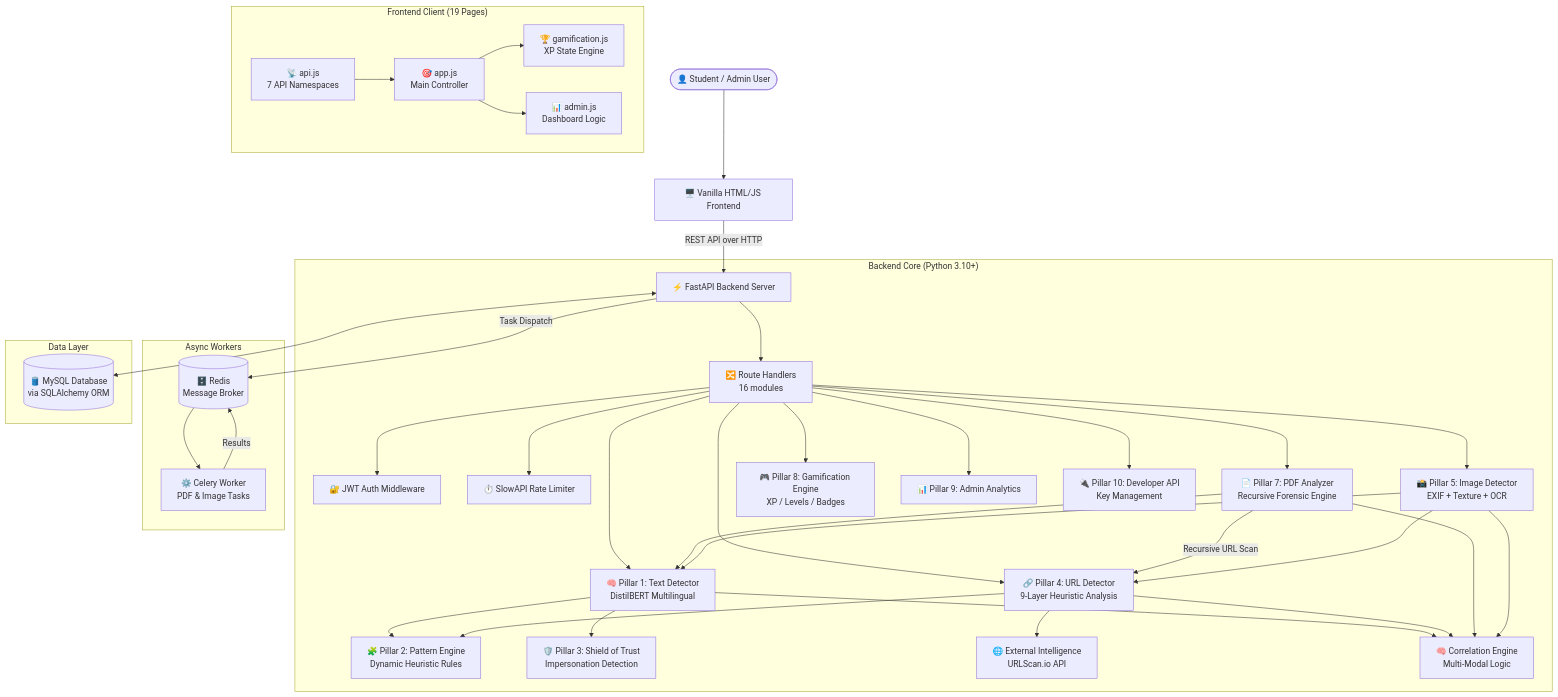
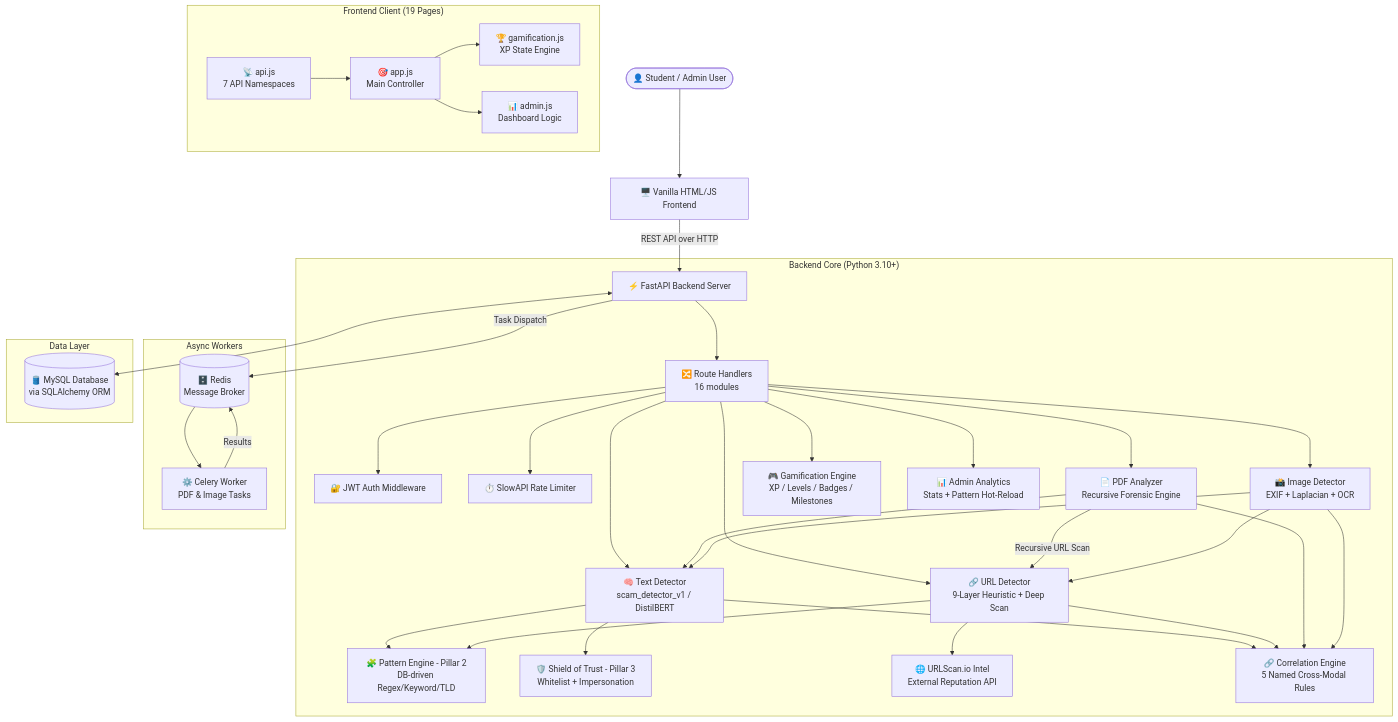
Before and after one commit to FerretyCobra/CyberShield-EDU: the first of 3 diagrams in docs/architecture.md, drawn with Mermaid. The commit also changed other lines of this file and 61 other files, not shown here.

````diff
--- a/docs/architecture.md
+++ b/docs/architecture.md
@@ -66,51 +66,50 @@
 ```mermaid
 graph TD
     User([👤 Student / Admin User]) --> Frontend[🖥️ Vanilla HTML/JS Frontend]
     Frontend -->|REST API over HTTP| Backend[⚡ FastAPI Backend Server]
 
     subgraph "Backend Core (Python 3.10+)"
         Backend --> Router[🔀 Route Handlers<br/>16 modules]
         Router --> AuthMiddleware[🔐 JWT Auth Middleware]
         Router --> RateLimiter[⏱️ SlowAPI Rate Limiter]
 
-        Router --> TextDetector[🧠 Pillar 1: Text Detector<br/>DistilBERT Multilingual]
-        Router --> URLDetector[🔗 Pillar 4: URL Detector<br/>9-Layer Heuristic Analysis]
-        Router --> PDFAnalyzer[📄 Pillar 7: PDF Analyzer<br/>Recursive Forensic Engine]
-        Router --> ImageDetector[📸 Pillar 5: Image Detector<br/>EXIF + Texture + OCR]
+        Router --> TextDetector[🧠 Text Detector<br/>scam_detector_v1 / DistilBERT]
+        Router --> URLDetector[🔗 URL Detector<br/>9-Layer Heuristic + Deep Scan]
+        Router --> PDFAnalyzer[📄 PDF Analyzer<br/>Recursive Forensic Engine]
+        Router --> ImageDetector[📸 Image Detector<br/>EXIF + Laplacian + OCR]
 
-        TextDetector --> PatternEngine[🧩 Pillar 2: Pattern Engine<br/>Dynamic Heuristic Rules]
-        TextDetector --> TrustService[🛡️ Pillar 3: Shield of Trust<br/>Impersonation Detection]
+        TextDetector --> PatternEngine[🧩 Pattern Engine - Pillar 2<br/>DB-driven Regex/Keyword/TLD]
+        TextDetector --> TrustService[🛡️ Shield of Trust - Pillar 3<br/>Whitelist + Impersonation]
         URLDetector --> PatternEngine
-        URLDetector --> ExternalIntel[🌐 External Intelligence<br/>URLScan.io API]
+        URLDetector --> ExternalIntel[🌐 URLScan.io Intel<br/>External Reputation API]
         
         PDFAnalyzer -->|Recursive URL Scan| URLDetector
         PDFAnalyzer --> TextDetector
         ImageDetector --> TextDetector
         ImageDetector --> URLDetector
 
-        TextDetector --> Correlation[🧠 Correlation Engine<br/>Multi-Modal Logic]
+        TextDetector --> Correlation[🔗 Correlation Engine<br/>5 Named Cross-Modal Rules]
         URLDetector --> Correlation
         PDFAnalyzer --> Correlation
         ImageDetector --> Correlation
 
-        Router --> GamifService[🎮 Pillar 8: Gamification Engine<br/>XP / Levels / Badges]
-        Router --> AdminService[📊 Pillar 9: Admin Analytics]
-        Router --> APIKeyService[🔌 Pillar 10: Developer API<br/>Key Management]
+        Router --> GamifService[🎮 Gamification Engine<br/>XP / Levels / Badges / Milestones]
+        Router --> AdminService[📊 Admin Analytics<br/>Stats + Pattern Hot-Reload]
     end
 
     subgraph "Async Workers"
         Backend -->|Task Dispatch| Redis[(🗄️ Redis<br/>Message Broker)]
         Redis --> CeleryWorker[⚙️ Celery Worker<br/>PDF & Image Tasks]
         CeleryWorker -->|Results| Redis
     end
 
     subgraph "Data Layer"
         Backend <--> MySQL[(🛢️ MySQL Database<br/>via SQLAlchemy ORM)]
     end
 
     subgraph "Frontend Client (19 Pages)"
         FE_API[📡 api.js<br/>7 API Namespaces] --> FE_App[🎯 app.js<br/>Main Controller]
         FE_App --> FE_Gamif[🏆 gamification.js<br/>XP State Engine]
         FE_App --> FE_Admin[📊 admin.js<br/>Dashboard Logic]
     end
 ```
````
